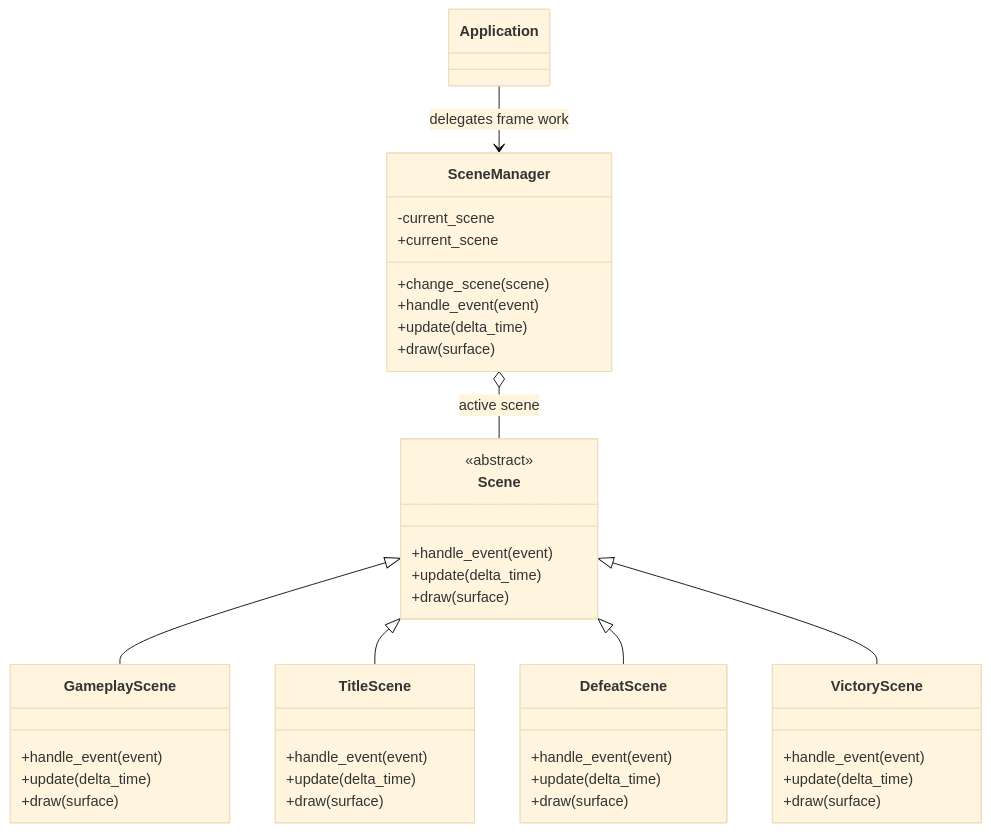
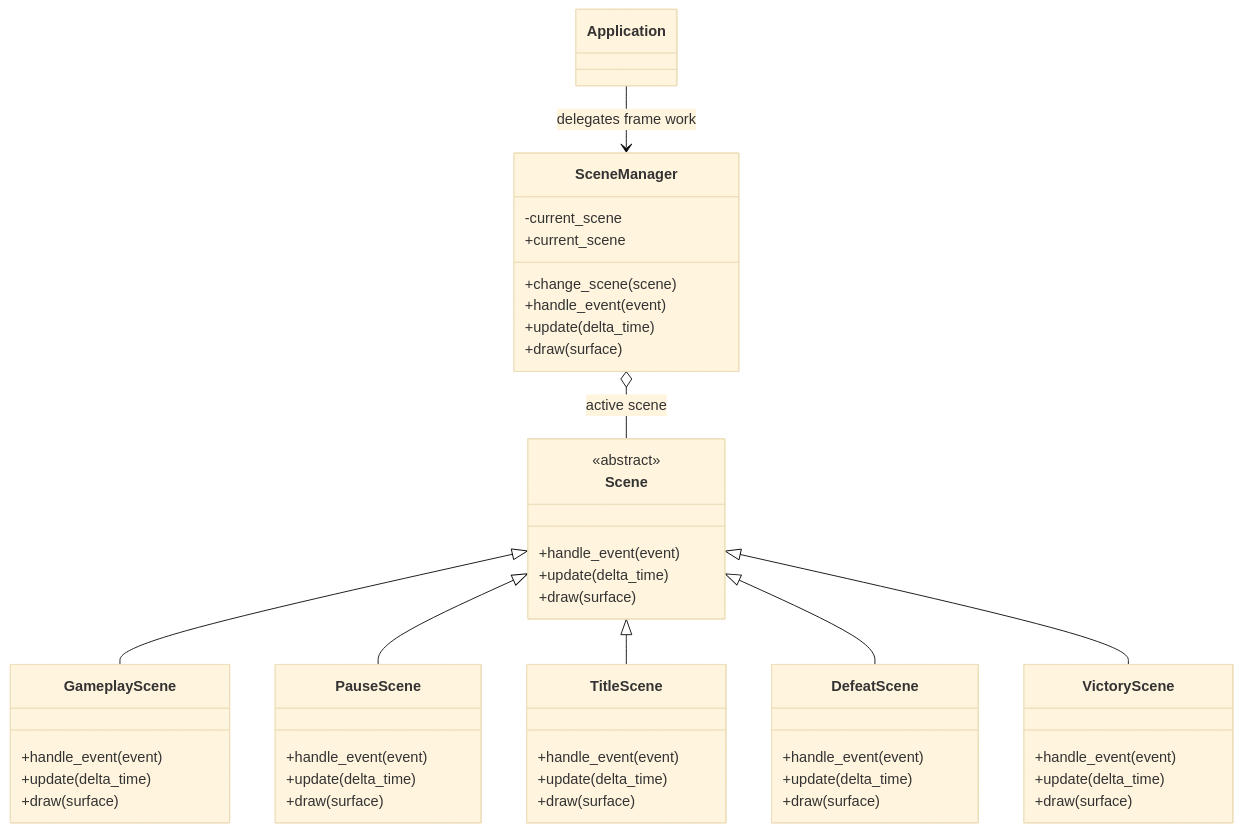
The diagram in docs/architecture/scenes.md (VincentMardon/my_first_adventure_game), drawn with Mermaid (base theme) before and after one commit. The commit also changed other lines of this file and 14 other files, not shown here.

Commit message:
feat(scenes): add pause and resume flow

````diff
--- a/docs/architecture/scenes.md
+++ b/docs/architecture/scenes.md
@@ -76,49 +76,56 @@
 ```mermaid
 classDiagram
     class Scene {
         <<abstract>>
         +handle_event(event)
         +update(delta_time)
         +draw(surface)
     }
 
     class SceneManager {
         -current_scene
         +current_scene
         +change_scene(scene)
         +handle_event(event)
         +update(delta_time)
         +draw(surface)
     }
 
     class GameplayScene {
+        +handle_event(event)
+        +update(delta_time)
+        +draw(surface)
+    }
+
+    class PauseScene {
         +handle_event(event)
         +update(delta_time)
         +draw(surface)
     }
 
     class TitleScene {
         +handle_event(event)
         +update(delta_time)
         +draw(surface)
     }
 
     class DefeatScene {
         +handle_event(event)
         +update(delta_time)
         +draw(surface)
     }
 
     class VictoryScene {
         +handle_event(event)
         +update(delta_time)
         +draw(surface)
     }
 
     SceneManager o-- Scene : active scene
     Scene <|-- GameplayScene
+    Scene <|-- PauseScene
     Scene <|-- TitleScene
     Scene <|-- DefeatScene
     Scene <|-- VictoryScene
     Application --> SceneManager : delegates frame work
 ```
````
